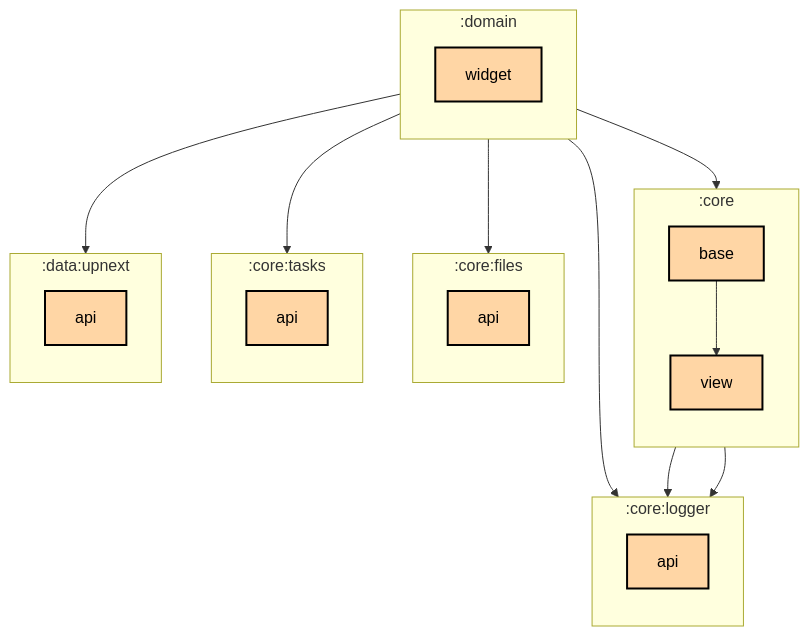
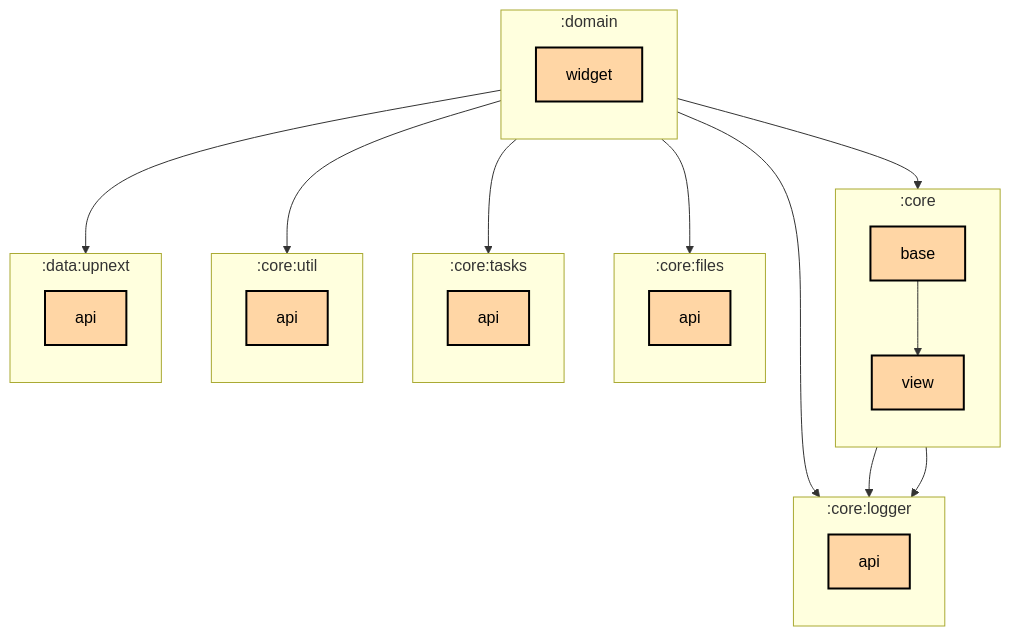
One commit to thomaskioko/tv-maniac changed the first of 2 diagrams in domain/widget/README.md. Above: the diagram before and after it, drawn with Mermaid. The commit also changed 5 other files, not shown here.

````diff
--- a/domain/widget/README.md
+++ b/domain/widget/README.md
@@ -6,43 +6,48 @@
 ```mermaid
 graph TB
   subgraph :core
     direction TB
     :core:base[base]:::multiplatform
     :core:view[view]:::multiplatform
   end
   subgraph :core:files
     direction TB
     :core:files:api[api]:::multiplatform
   end
   subgraph :core:logger
     direction TB
     :core:logger:api[api]:::multiplatform
   end
   subgraph :core:tasks
     direction TB
     :core:tasks:api[api]:::multiplatform
   end
+  subgraph :core:util
+    direction TB
+    :core:util:api[api]:::multiplatform
+  end
   subgraph :data:upnext
     direction TB
     :data:upnext:api[api]:::multiplatform
   end
   subgraph :domain
     direction TB
     :domain:widget[widget]:::multiplatform
   end
 
   :core:base --> :core:logger:api
   :core:base --> :core:view
   :core:view --> :core:logger:api
   :domain:widget --> :core:base
   :domain:widget --> :core:files:api
   :domain:widget --> :core:logger:api
   :domain:widget --> :core:tasks:api
+  :domain:widget --> :core:util:api
   :domain:widget --> :data:upnext:api
 
 classDef application fill:#CAFFBF,stroke:#000,stroke-width:2px,color:#000;
 classDef multiplatform fill:#FFD6A5,stroke:#000,stroke-width:2px,color:#000;
 classDef android-library fill:#9BF6FF,stroke:#000,stroke-width:2px,color:#000;
 classDef jvm-library fill:#BDB2FF,stroke:#000,stroke-width:2px,color:#000;
 classDef unknown fill:#FFADAD,stroke:#000,stroke-width:2px,color:#000;
 ```
````
